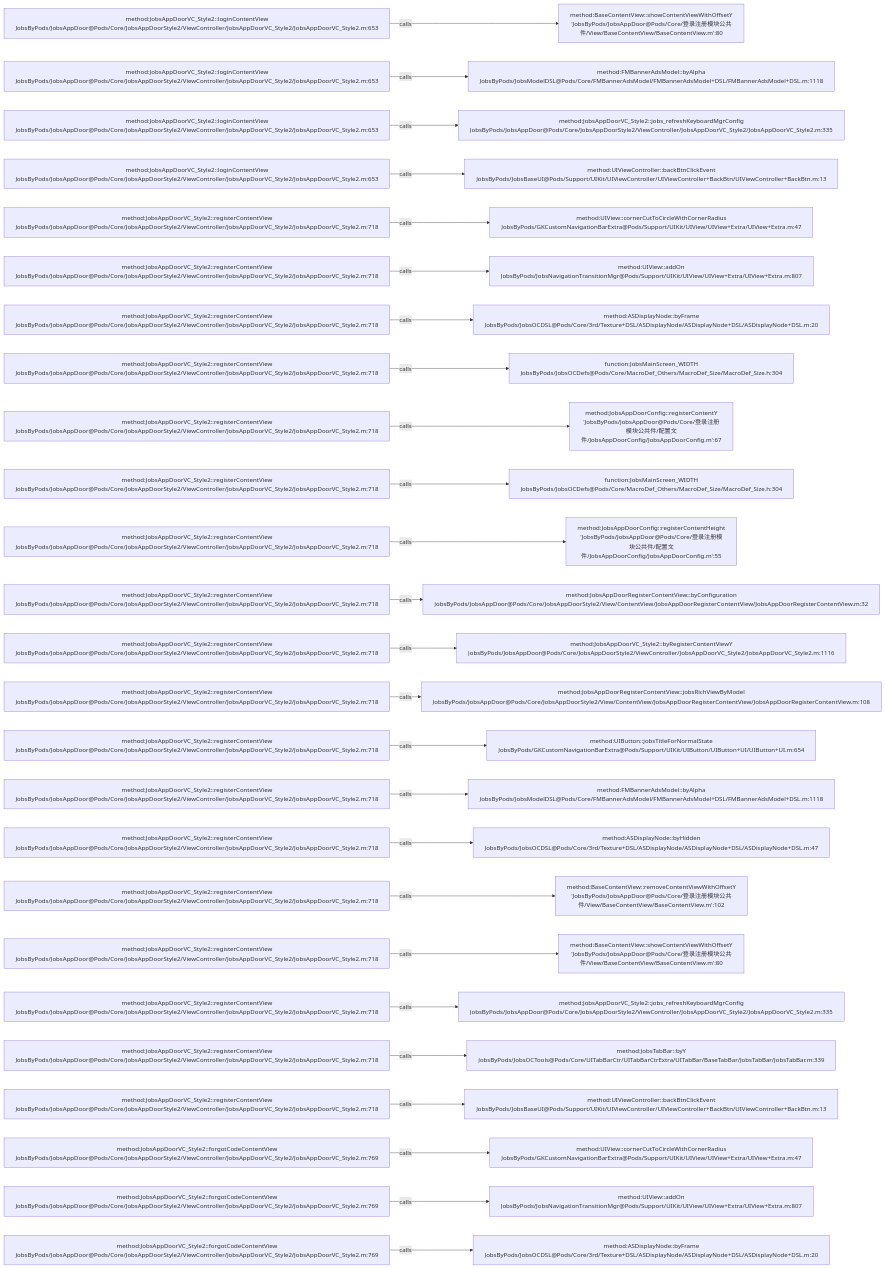
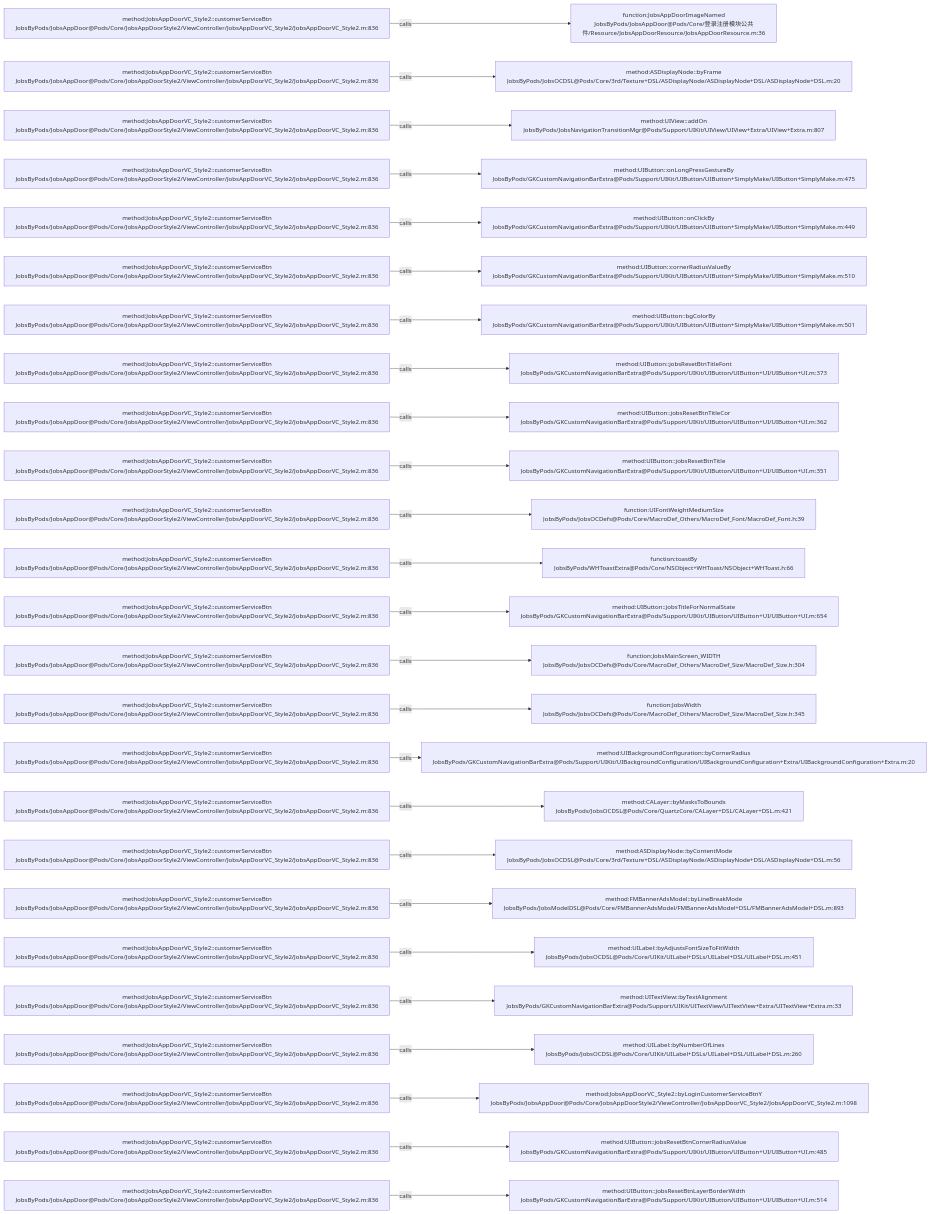
Before and after one commit to JobsKits/JobsOCBaseConfigDemo: the diagram in .codegraph/codegraph.md/graphs/calls-144.md, drawn with Mermaid. The commit also changed 223 other files, not shown here.

````diff
--- a/.codegraph/codegraph.md/graphs/calls-144.md
+++ b/.codegraph/codegraph.md/graphs/calls-144.md
@@ -13,78 +13,78 @@
 ```mermaid
 flowchart LR
-  S1["method:JobsAppDoorVC_Style2::loginContentView<br/>JobsByPods/JobsAppDoor@Pods/Core/JobsAppDoorStyle2/ViewController/JobsAppDoorVC_Style2/JobsAppDoorVC_Style2.m:653"]
-  T1["method:BaseContentView::showContentViewWithOffsetY<br/>'JobsByPods/JobsAppDoor@Pods/Core/登录注册模块公共件/View/BaseContentView/BaseContentView.m':80"]
+  S1["method:JobsAppDoorVC_Style2::customerServiceBtn<br/>JobsByPods/JobsAppDoor@Pods/Core/JobsAppDoorStyle2/ViewController/JobsAppDoorVC_Style2/JobsAppDoorVC_Style2.m:836"]
+  T1["function:JobsAppDoorImageNamed<br/>JobsByPods/JobsAppDoor@Pods/Core/登录注册模块公共件/Resource/JobsAppDoorResource/JobsAppDoorResource.m:36"]
   S1 -->|calls| T1
-  S2["method:JobsAppDoorVC_Style2::loginContentView<br/>JobsByPods/JobsAppDoor@Pods/Core/JobsAppDoorStyle2/ViewController/JobsAppDoorVC_Style2/JobsAppDoorVC_Style2.m:653"]
-  T2["method:FMBannerAdsModel::byAlpha<br/>JobsByPods/JobsModelDSL@Pods/Core/FMBannerAdsModel/FMBannerAdsModel+DSL/FMBannerAdsModel+DSL.m:1118"]
+  S2["method:JobsAppDoorVC_Style2::customerServiceBtn<br/>JobsByPods/JobsAppDoor@Pods/Core/JobsAppDoorStyle2/ViewController/JobsAppDoorVC_Style2/JobsAppDoorVC_Style2.m:836"]
+  T2["method:ASDisplayNode::byFrame<br/>JobsByPods/JobsOCDSL@Pods/Core/3rd/Texture+DSL/ASDisplayNode/ASDisplayNode+DSL/ASDisplayNode+DSL.m:20"]
   S2 -->|calls| T2
-  S3["method:JobsAppDoorVC_Style2::loginContentView<br/>JobsByPods/JobsAppDoor@Pods/Core/JobsAppDoorStyle2/ViewController/JobsAppDoorVC_Style2/JobsAppDoorVC_Style2.m:653"]
-  T3["method:JobsAppDoorVC_Style2::jobs_refreshKeyboardMgrConfig<br/>JobsByPods/JobsAppDoor@Pods/Core/JobsAppDoorStyle2/ViewController/JobsAppDoorVC_Style2/JobsAppDoorVC_Style2.m:335"]
+  S3["method:JobsAppDoorVC_Style2::customerServiceBtn<br/>JobsByPods/JobsAppDoor@Pods/Core/JobsAppDoorStyle2/ViewController/JobsAppDoorVC_Style2/JobsAppDoorVC_Style2.m:836"]
+  T3["method:UIView::addOn<br/>JobsByPods/JobsNavigationTransitionMgr@Pods/Support/UIKit/UIView/UIView+Extra/UIView+Extra.m:807"]
   S3 -->|calls| T3
-  S4["method:JobsAppDoorVC_Style2::loginContentView<br/>JobsByPods/JobsAppDoor@Pods/Core/JobsAppDoorStyle2/ViewController/JobsAppDoorVC_Style2/JobsAppDoorVC_Style2.m:653"]
-  T4["method:UIViewController::backBtnClickEvent<br/>JobsByPods/JobsBaseUI@Pods/Support/UIKit/UIViewController/UIViewController+BackBtn/UIViewController+BackBtn.m:13"]
+  S4["method:JobsAppDoorVC_Style2::customerServiceBtn<br/>JobsByPods/JobsAppDoor@Pods/Core/JobsAppDoorStyle2/ViewController/JobsAppDoorVC_Style2/JobsAppDoorVC_Style2.m:836"]
+  T4["method:UIButton::onLongPressGestureBy<br/>JobsByPods/GKCustomNavigationBarExtra@Pods/Support/UIKit/UIButton/UIButton+SimplyMake/UIButton+SimplyMake.m:475"]
   S4 -->|calls| T4
-  S5["method:JobsAppDoorVC_Style2::registerContentView<br/>JobsByPods/JobsAppDoor@Pods/Core/JobsAppDoorStyle2/ViewController/JobsAppDoorVC_Style2/JobsAppDoorVC_Style2.m:718"]
-  T5["method:UIView::cornerCutToCircleWithCornerRadius<br/>JobsByPods/GKCustomNavigationBarExtra@Pods/Support/UIKit/UIView/UIView+Extra/UIView+Extra.m:47"]
+  S5["method:JobsAppDoorVC_Style2::customerServiceBtn<br/>JobsByPods/JobsAppDoor@Pods/Core/JobsAppDoorStyle2/ViewController/JobsAppDoorVC_Style2/JobsAppDoorVC_Style2.m:836"]
+  T5["method:UIButton::onClickBy<br/>JobsByPods/GKCustomNavigationBarExtra@Pods/Support/UIKit/UIButton/UIButton+SimplyMake/UIButton+SimplyMake.m:449"]
   S5 -->|calls| T5
-  S6["method:JobsAppDoorVC_Style2::registerContentView<br/>JobsByPods/JobsAppDoor@Pods/Core/JobsAppDoorStyle2/ViewController/JobsAppDoorVC_Style2/JobsAppDoorVC_Style2.m:718"]
-  T6["method:UIView::addOn<br/>JobsByPods/JobsNavigationTransitionMgr@Pods/Support/UIKit/UIView/UIView+Extra/UIView+Extra.m:807"]
+  S6["method:JobsAppDoorVC_Style2::customerServiceBtn<br/>JobsByPods/JobsAppDoor@Pods/Core/JobsAppDoorStyle2/ViewController/JobsAppDoorVC_Style2/JobsAppDoorVC_Style2.m:836"]
+  T6["method:UIButton::cornerRadiusValueBy<br/>JobsByPods/GKCustomNavigationBarExtra@Pods/Support/UIKit/UIButton/UIButton+SimplyMake/UIButton+SimplyMake.m:510"]
   S6 -->|calls| T6
-  S7["method:JobsAppDoorVC_Style2::registerContentView<br/>JobsByPods/JobsAppDoor@Pods/Core/JobsAppDoorStyle2/ViewController/JobsAppDoorVC_Style2/JobsAppDoorVC_Style2.m:718"]
-  T7["method:ASDisplayNode::byFrame<br/>JobsByPods/JobsOCDSL@Pods/Core/3rd/Texture+DSL/ASDisplayNode/ASDisplayNode+DSL/ASDisplayNode+DSL.m:20"]
+  S7["method:JobsAppDoorVC_Style2::customerServiceBtn<br/>JobsByPods/JobsAppDoor@Pods/Core/JobsAppDoorStyle2/ViewController/JobsAppDoorVC_Style2/JobsAppDoorVC_Style2.m:836"]
+  T7["method:UIButton::bgColorBy<br/>JobsByPods/GKCustomNavigationBarExtra@Pods/Support/UIKit/UIButton/UIButton+SimplyMake/UIButton+SimplyMake.m:501"]
   S7 -->|calls| T7
-  S8["method:JobsAppDoorVC_Style2::registerContentView<br/>JobsByPods/JobsAppDoor@Pods/Core/JobsAppDoorStyle2/ViewController/JobsAppDoorVC_Style2/JobsAppDoorVC_Style2.m:718"]
-  T8["function:JobsMainScreen_WIDTH<br/>JobsByPods/JobsOCDefs@Pods/Core/MacroDef_Others/MacroDef_Size/MacroDef_Size.h:304"]
+  S8["method:JobsAppDoorVC_Style2::customerServiceBtn<br/>JobsByPods/JobsAppDoor@Pods/Core/JobsAppDoorStyle2/ViewController/JobsAppDoorVC_Style2/JobsAppDoorVC_Style2.m:836"]
+  T8["method:UIButton::jobsResetBtnTitleFont<br/>JobsByPods/GKCustomNavigationBarExtra@Pods/Support/UIKit/UIButton/UIButton+UI/UIButton+UI.m:373"]
   S8 -->|calls| T8
-  S9["method:JobsAppDoorVC_Style2::registerContentView<br/>JobsByPods/JobsAppDoor@Pods/Core/JobsAppDoorStyle2/ViewController/JobsAppDoorVC_Style2/JobsAppDoorVC_Style2.m:718"]
-  T9["method:JobsAppDoorConfig::registerContentY<br/>'JobsByPods/JobsAppDoor@Pods/Core/登录注册模块公共件/配置文件/JobsAppDoorConfig/JobsAppDoorConfig.m':67"]
+  S9["method:JobsAppDoorVC_Style2::customerServiceBtn<br/>JobsByPods/JobsAppDoor@Pods/Core/JobsAppDoorStyle2/ViewController/JobsAppDoorVC_Style2/JobsAppDoorVC_Style2.m:836"]
+  T9["method:UIButton::jobsResetBtnTitleCor<br/>JobsByPods/GKCustomNavigationBarExtra@Pods/Support/UIKit/UIButton/UIButton+UI/UIButton+UI.m:362"]
   S9 -->|calls| T9
-  S10["method:JobsAppDoorVC_Style2::registerContentView<br/>JobsByPods/JobsAppDoor@Pods/Core/JobsAppDoorStyle2/ViewController/JobsAppDoorVC_Style2/JobsAppDoorVC_Style2.m:718"]
-  T10["function:JobsMainScreen_WIDTH<br/>JobsByPods/JobsOCDefs@Pods/Core/MacroDef_Others/MacroDef_Size/MacroDef_Size.h:304"]
+  S10["method:JobsAppDoorVC_Style2::customerServiceBtn<br/>JobsByPods/JobsAppDoor@Pods/Core/JobsAppDoorStyle2/ViewController/JobsAppDoorVC_Style2/JobsAppDoorVC_Style2.m:836"]
+  T10["method:UIButton::jobsResetBtnTitle<br/>JobsByPods/GKCustomNavigationBarExtra@Pods/Support/UIKit/UIButton/UIButton+UI/UIButton+UI.m:351"]
   S10 -->|calls| T10
-  S11["method:JobsAppDoorVC_Style2::registerContentView<br/>JobsByPods/JobsAppDoor@Pods/Core/JobsAppDoorStyle2/ViewController/JobsAppDoorVC_Style2/JobsAppDoorVC_Style2.m:718"]
-  T11["method:JobsAppDoorConfig::registerContentHeight<br/>'JobsByPods/JobsAppDoor@Pods/Core/登录注册模块公共件/配置文件/JobsAppDoorConfig/JobsAppDoorConfig.m':55"]
+  S11["method:JobsAppDoorVC_Style2::customerServiceBtn<br/>JobsByPods/JobsAppDoor@Pods/Core/JobsAppDoorStyle2/ViewController/JobsAppDoorVC_Style2/JobsAppDoorVC_Style2.m:836"]
+  T11["function:UIFontWeightMediumSize<br/>JobsByPods/JobsOCDefs@Pods/Core/MacroDef_Others/MacroDef_Font/MacroDef_Font.h:39"]
   S11 -->|calls| T11
-  S12["method:JobsAppDoorVC_Style2::registerContentView<br/>JobsByPods/JobsAppDoor@Pods/Core/JobsAppDoorStyle2/ViewController/JobsAppDoorVC_Style2/JobsAppDoorVC_Style2.m:718"]
-  T12["method:JobsAppDoorRegisterContentView::byConfiguration<br/>JobsByPods/JobsAppDoor@Pods/Core/JobsAppDoorStyle2/View/ContentView/JobsAppDoorRegisterContentView/JobsAppDoorRegisterContentView.m:32"]
+  S12["method:JobsAppDoorVC_Style2::customerServiceBtn<br/>JobsByPods/JobsAppDoor@Pods/Core/JobsAppDoorStyle2/ViewController/JobsAppDoorVC_Style2/JobsAppDoorVC_Style2.m:836"]
+  T12["function:toastBy<br/>JobsByPods/WHToastExtra@Pods/Core/NSObject+WHToast/NSObject+WHToast.h:66"]
   S12 -->|calls| T12
-  S13["method:JobsAppDoorVC_Style2::registerContentView<br/>JobsByPods/JobsAppDoor@Pods/Core/JobsAppDoorStyle2/ViewController/JobsAppDoorVC_Style2/JobsAppDoorVC_Style2.m:718"]
-  T13["method:JobsAppDoorVC_Style2::byRegisterContentViewY<br/>JobsByPods/JobsAppDoor@Pods/Core/JobsAppDoorStyle2/ViewController/JobsAppDoorVC_Style2/JobsAppDoorVC_Style2.m:1116"]
+  S13["method:JobsAppDoorVC_Style2::customerServiceBtn<br/>JobsByPods/JobsAppDoor@Pods/Core/JobsAppDoorStyle2/ViewController/JobsAppDoorVC_Style2/JobsAppDoorVC_Style2.m:836"]
+  T13["method:UIButton::jobsTitleForNormalState<br/>JobsByPods/GKCustomNavigationBarExtra@Pods/Support/UIKit/UIButton/UIButton+UI/UIButton+UI.m:654"]
   S13 -->|calls| T13
-  S14["method:JobsAppDoorVC_Style2::registerContentView<br/>JobsByPods/JobsAppDoor@Pods/Core/JobsAppDoorStyle2/ViewController/JobsAppDoorVC_Style2/JobsAppDoorVC_Style2.m:718"]
-  T14["method:JobsAppDoorRegisterContentView::jobsRichViewByModel<br/>JobsByPods/JobsAppDoor@Pods/Core/JobsAppDoorStyle2/View/ContentView/JobsAppDoorRegisterContentView/JobsAppDoorRegisterContentView.m:108"]
+  S14["method:JobsAppDoorVC_Style2::customerServiceBtn<br/>JobsByPods/JobsAppDoor@Pods/Core/JobsAppDoorStyle2/ViewController/JobsAppDoorVC_Style2/JobsAppDoorVC_Style2.m:836"]
+  T14["function:JobsMainScreen_WIDTH<br/>JobsByPods/JobsOCDefs@Pods/Core/MacroDef_Others/MacroDef_Size/MacroDef_Size.h:304"]
   S14 -->|calls| T14
-  S15["method:JobsAppDoorVC_Style2::registerContentView<br/>JobsByPods/JobsAppDoor@Pods/Core/JobsAppDoorStyle2/ViewController/JobsAppDoorVC_Style2/JobsAppDoorVC_Style2.m:718"]
-  T15["method:UIButton::jobsTitleForNormalState<br/>JobsByPods/GKCustomNavigationBarExtra@Pods/Support/UIKit/UIButton/UIButton+UI/UIButton+UI.m:654"]
+  S15["method:JobsAppDoorVC_Style2::customerServiceBtn<br/>JobsByPods/JobsAppDoor@Pods/Core/JobsAppDoorStyle2/ViewController/JobsAppDoorVC_Style2/JobsAppDoorVC_Style2.m:836"]
+  T15["function:JobsWidth<br/>JobsByPods/JobsOCDefs@Pods/Core/MacroDef_Others/MacroDef_Size/MacroDef_Size.h:345"]
   S15 -->|calls| T15
-  S16["method:JobsAppDoorVC_Style2::registerContentView<br/>JobsByPods/JobsAppDoor@Pods/Core/JobsAppDoorStyle2/ViewController/JobsAppDoorVC_Style2/JobsAppDoorVC_Style2.m:718"]
-  T16["method:FMBannerAdsModel::byAlpha<br/>JobsByPods/JobsModelDSL@Pods/Core/FMBannerAdsModel/FMBannerAdsModel+DSL/FMBannerAdsModel+DSL.m:1118"]
+  S16["method:JobsAppDoorVC_Style2::customerServiceBtn<br/>JobsByPods/JobsAppDoor@Pods/Core/JobsAppDoorStyle2/ViewController/JobsAppDoorVC_Style2/JobsAppDoorVC_Style2.m:836"]
+  T16["method:UIBackgroundConfiguration::byCornerRadius<br/>JobsByPods/GKCustomNavigationBarExtra@Pods/Support/UIKit/UIBackgroundConfiguration/UIBackgroundConfiguration+Extra/UIBackgroundConfiguration+Extra.m:20"]
   S16 -->|calls| T16
-  S17["method:JobsAppDoorVC_Style2::registerContentView<br/>JobsByPods/JobsAppDoor@Pods/Core/JobsAppDoorStyle2/ViewController/JobsAppDoorVC_Style2/JobsAppDoorVC_Style2.m:718"]
-  T17["method:ASDisplayNode::byHidden<br/>JobsByPods/JobsOCDSL@Pods/Core/3rd/Texture+DSL/ASDisplayNode/ASDisplayNode+DSL/ASDisplayNode+DSL.m:47"]
+  S17["method:JobsAppDoorVC_Style2::customerServiceBtn<br/>JobsByPods/JobsAppDoor@Pods/Core/JobsAppDoorStyle2/ViewController/JobsAppDoorVC_Style2/JobsAppDoorVC_Style2.m:836"]
+  T17["method:CALayer::byMasksToBounds<br/>JobsByPods/JobsOCDSL@Pods/Core/QuartzCore/CALayer+DSL/CALayer+DSL.m:421"]
   S17 -->|calls| T17
-  S18["method:JobsAppDoorVC_Style2::registerContentView<br/>JobsByPods/JobsAppDoor@Pods/Core/JobsAppDoorStyle2/ViewController/JobsAppDoorVC_Style2/JobsAppDoorVC_Style2.m:718"]
-  T18["method:BaseContentView::removeContentViewWithOffsetY<br/>'JobsByPods/JobsAppDoor@Pods/Core/登录注册模块公共件/View/BaseContentView/BaseContentView.m':102"]
+  S18["method:JobsAppDoorVC_Style2::customerServiceBtn<br/>JobsByPods/JobsAppDoor@Pods/Core/JobsAppDoorStyle2/ViewController/JobsAppDoorVC_Style2/JobsAppDoorVC_Style2.m:836"]
+  T18["method:ASDisplayNode::byContentMode<br/>JobsByPods/JobsOCDSL@Pods/Core/3rd/Texture+DSL/ASDisplayNode/ASDisplayNode+DSL/ASDisplayNode+DSL.m:56"]
   S18 -->|calls| T18
-  S19["method:JobsAppDoorVC_Style2::registerContentView<br/>JobsByPods/JobsAppDoor@Pods/Core/JobsAppDoorStyle2/ViewController/JobsAppDoorVC_Style2/JobsAppDoorVC_Style2.m:718"]
-  T19["method:BaseContentView::showContentViewWithOffsetY<br/>'JobsByPods/JobsAppDoor@Pods/Core/登录注册模块公共件/View/BaseContentView/BaseContentView.m':80"]
+  S19["method:JobsAppDoorVC_Style2::customerServiceBtn<br/>JobsByPods/JobsAppDoor@Pods/Core/JobsAppDoorStyle2/ViewController/JobsAppDoorVC_Style2/JobsAppDoorVC_Style2.m:836"]
+  T19["method:FMBannerAdsModel::byLineBreakMode<br/>JobsByPods/JobsModelDSL@Pods/Core/FMBannerAdsModel/FMBannerAdsModel+DSL/FMBannerAdsModel+DSL.m:893"]
   S19 -->|calls| T19
-  S20["method:JobsAppDoorVC_Style2::registerContentView<br/>JobsByPods/JobsAppDoor@Pods/Core/JobsAppDoorStyle2/ViewController/JobsAppDoorVC_Style2/JobsAppDoorVC_Style2.m:718"]
-  T20["method:JobsAppDoorVC_Style2::jobs_refreshKeyboardMgrConfig<br/>JobsByPods/JobsAppDoor@Pods/Core/JobsAppDoorStyle2/ViewController/JobsAppDoorVC_Style2/JobsAppDoorVC_Style2.m:335"]
+  S20["method:JobsAppDoorVC_Style2::customerServiceBtn<br/>JobsByPods/JobsAppDoor@Pods/Core/JobsAppDoorStyle2/ViewController/JobsAppDoorVC_Style2/JobsAppDoorVC_Style2.m:836"]
+  T20["method:UILabel::byAdjustsFontSizeToFitWidth<br/>JobsByPods/JobsOCDSL@Pods/Core/UIKit/UILabel+DSLs/UILabel+DSL/UILabel+DSL.m:451"]
   S20 -->|calls| T20
-  S21["method:JobsAppDoorVC_Style2::registerContentView<br/>JobsByPods/JobsAppDoor@Pods/Core/JobsAppDoorStyle2/ViewController/JobsAppDoorVC_Style2/JobsAppDoorVC_Style2.m:718"]
-  T21["method:JobsTabBar::byY<br/>JobsByPods/JobsOCTools@Pods/Core/UITabBarCtr/UITabBarCtrExtra/UITabBar/BaseTabBar/JobsTabBar/JobsTabBar.m:339"]
+  S21["method:JobsAppDoorVC_Style2::customerServiceBtn<br/>JobsByPods/JobsAppDoor@Pods/Core/JobsAppDoorStyle2/ViewController/JobsAppDoorVC_Style2/JobsAppDoorVC_Style2.m:836"]
+  T21["method:UITextView::byTextAlignment<br/>JobsByPods/GKCustomNavigationBarExtra@Pods/Support/UIKit/UITextView/UITextView+Extra/UITextView+Extra.m:33"]
   S21 -->|calls| T21
-  S22["method:JobsAppDoorVC_Style2::registerContentView<br/>JobsByPods/JobsAppDoor@Pods/Core/JobsAppDoorStyle2/ViewController/JobsAppDoorVC_Style2/JobsAppDoorVC_Style2.m:718"]
-  T22["method:UIViewController::backBtnClickEvent<br/>JobsByPods/JobsBaseUI@Pods/Support/UIKit/UIViewController/UIViewController+BackBtn/UIViewController+BackBtn.m:13"]
+  S22["method:JobsAppDoorVC_Style2::customerServiceBtn<br/>JobsByPods/JobsAppDoor@Pods/Core/JobsAppDoorStyle2/ViewController/JobsAppDoorVC_Style2/JobsAppDoorVC_Style2.m:836"]
+  T22["method:UILabel::byNumberOfLines<br/>JobsByPods/JobsOCDSL@Pods/Core/UIKit/UILabel+DSLs/UILabel+DSL/UILabel+DSL.m:260"]
   S22 -->|calls| T22
-  S23["method:JobsAppDoorVC_Style2::forgotCodeContentView<br/>JobsByPods/JobsAppDoor@Pods/Core/JobsAppDoorStyle2/ViewController/JobsAppDoorVC_Style2/JobsAppDoorVC_Style2.m:769"]
-  T23["method:UIView::cornerCutToCircleWithCornerRadius<br/>JobsByPods/GKCustomNavigationBarExtra@Pods/Support/UIKit/UIView/UIView+Extra/UIView+Extra.m:47"]
+  S23["method:JobsAppDoorVC_Style2::customerServiceBtn<br/>JobsByPods/JobsAppDoor@Pods/Core/JobsAppDoorStyle2/ViewController/JobsAppDoorVC_Style2/JobsAppDoorVC_Style2.m:836"]
+  T23["method:JobsAppDoorVC_Style2::byLoginCustomerServiceBtnY<br/>JobsByPods/JobsAppDoor@Pods/Core/JobsAppDoorStyle2/ViewController/JobsAppDoorVC_Style2/JobsAppDoorVC_Style2.m:1098"]
   S23 -->|calls| T23
-  S24["method:JobsAppDoorVC_Style2::forgotCodeContentView<br/>JobsByPods/JobsAppDoor@Pods/Core/JobsAppDoorStyle2/ViewController/JobsAppDoorVC_Style2/JobsAppDoorVC_Style2.m:769"]
-  T24["method:UIView::addOn<br/>JobsByPods/JobsNavigationTransitionMgr@Pods/Support/UIKit/UIView/UIView+Extra/UIView+Extra.m:807"]
+  S24["method:JobsAppDoorVC_Style2::customerServiceBtn<br/>JobsByPods/JobsAppDoor@Pods/Core/JobsAppDoorStyle2/ViewController/JobsAppDoorVC_Style2/JobsAppDoorVC_Style2.m:836"]
+  T24["method:UIButton::jobsResetBtnCornerRadiusValue<br/>JobsByPods/GKCustomNavigationBarExtra@Pods/Support/UIKit/UIButton/UIButton+UI/UIButton+UI.m:485"]
   S24 -->|calls| T24
-  S25["method:JobsAppDoorVC_Style2::forgotCodeContentView<br/>JobsByPods/JobsAppDoor@Pods/Core/JobsAppDoorStyle2/ViewController/JobsAppDoorVC_Style2/JobsAppDoorVC_Style2.m:769"]
-  T25["method:ASDisplayNode::byFrame<br/>JobsByPods/JobsOCDSL@Pods/Core/3rd/Texture+DSL/ASDisplayNode/ASDisplayNode+DSL/ASDisplayNode+DSL.m:20"]
+  S25["method:JobsAppDoorVC_Style2::customerServiceBtn<br/>JobsByPods/JobsAppDoor@Pods/Core/JobsAppDoorStyle2/ViewController/JobsAppDoorVC_Style2/JobsAppDoorVC_Style2.m:836"]
+  T25["method:UIButton::jobsResetBtnLayerBorderWidth<br/>JobsByPods/GKCustomNavigationBarExtra@Pods/Support/UIKit/UIButton/UIButton+UI/UIButton+UI.m:514"]
   S25 -->|calls| T25
 ```
````
